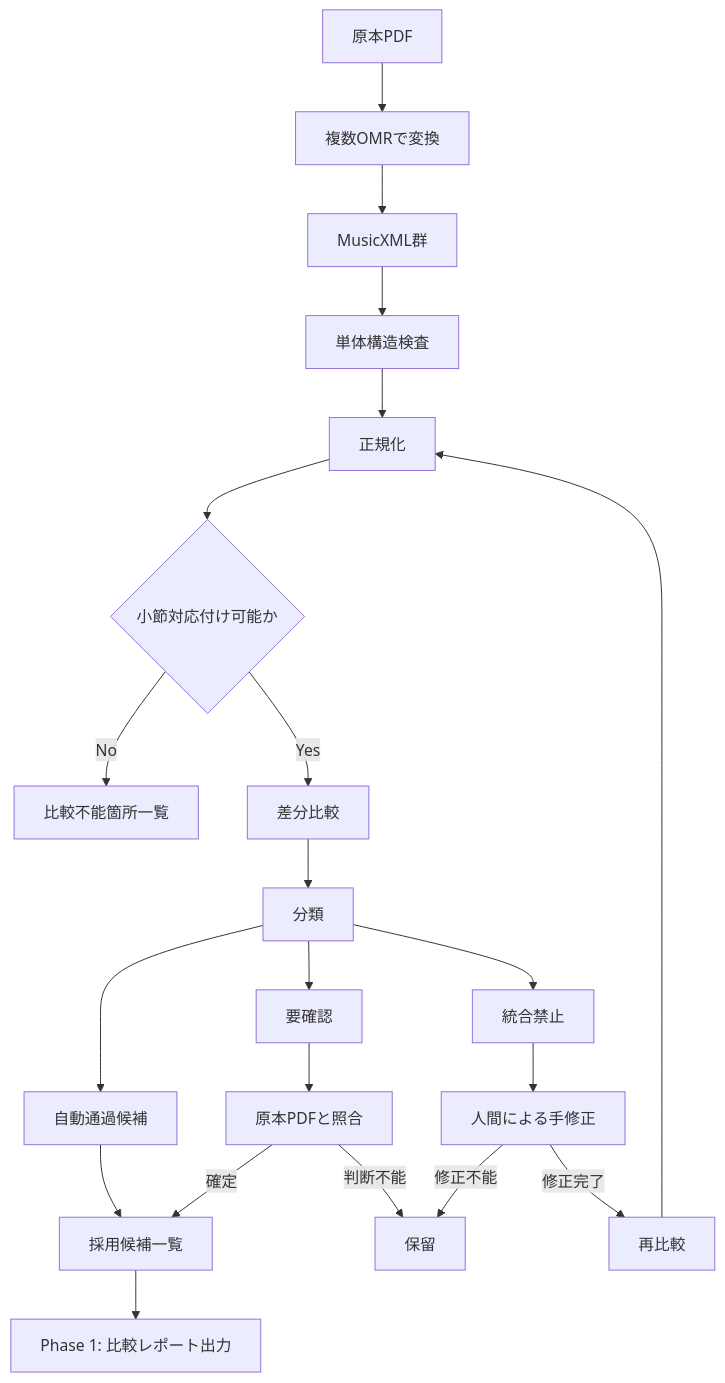
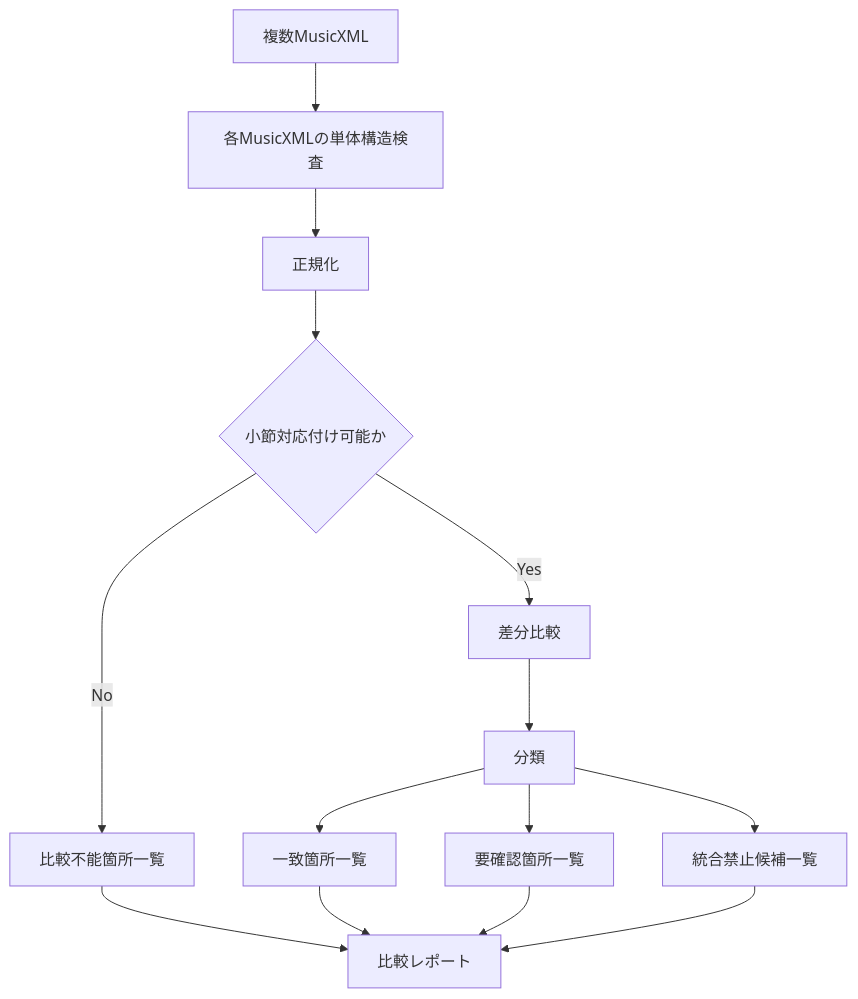
One commit to t-oikawa-sendai/score-reader changed the first of 4 diagrams in docs/design/MULTI_OMR_BASIC_DESIGN.md. Above: the diagram before and after it, drawn with Mermaid. The commit also changed other lines of this file, not shown here.

Commit message:
Separate phase 1 comparison scope from future integration workflow

````diff
--- a/docs/design/MULTI_OMR_BASIC_DESIGN.md
+++ b/docs/design/MULTI_OMR_BASIC_DESIGN.md
@@ -128,23 +155,19 @@
 ```mermaid
 flowchart TD
-    A[原本PDF] --> B[複数OMRで変換]
-    B --> C[MusicXML群]
-    C --> D[単体構造検査]
-    D --> E[正規化]
-    E --> F{小節対応付け可能か}
-    F -->|No| G[比較不能箇所一覧]
-    F -->|Yes| H[差分比較]
-    H --> I[分類]
-    I --> I1[自動通過候補]
-    I --> I2[要確認]
-    I --> I3[統合禁止]
-    I1 --> J[採用候補一覧]
-    I2 --> K[原本PDFと照合]
-    I3 --> L[人間による手修正]
-    K -->|確定| J
-    K -->|判断不能| M[保留]
-    L -->|修正完了| N[再比較]
-    L -->|修正不能| M
-    N --> E
-    J --> O[Phase 1: 比較レポート出力]
+    A[複数MusicXML] --> B[各MusicXMLの単体構造検査]
+    B --> C[正規化]
+    C --> D{小節対応付け可能か}
+
+    D -->|No| E[比較不能箇所一覧]
+    D -->|Yes| F[差分比較]
+
+    F --> G[分類]
+    G --> G1[一致箇所一覧]
+    G --> G2[要確認箇所一覧]
+    G --> G3[統合禁止候補一覧]
+
+    E --> H[比較レポート]
+    G1 --> H
+    G2 --> H
+    G3 --> H
 ```
````
